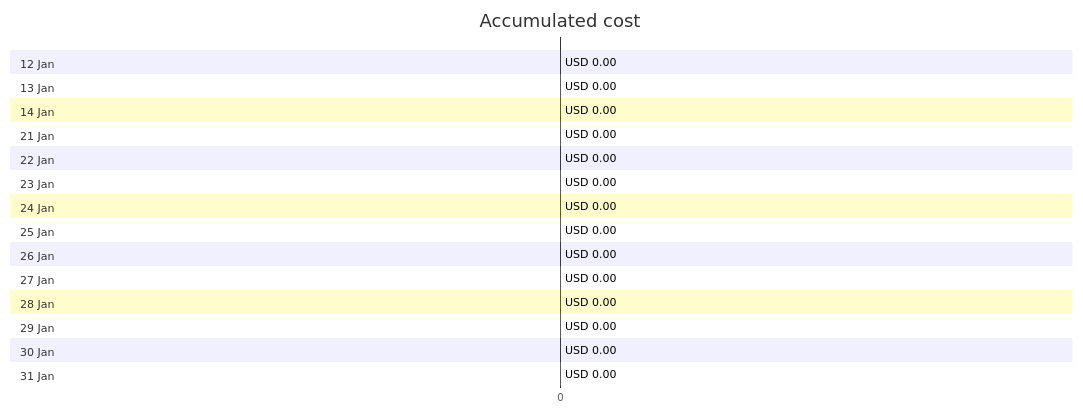
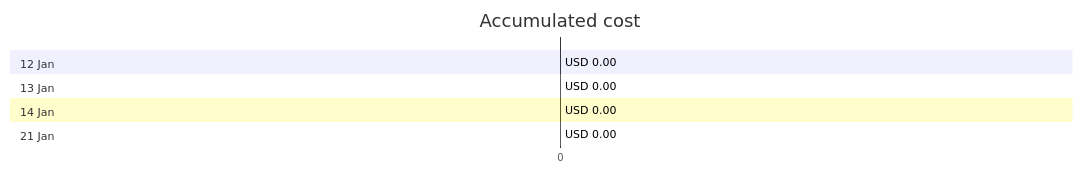
One commit to jpfulton/azure-personal-reports changed the first of 4 diagrams in cost-reports/azureapp-auto-alerts-873533-jpatrick_fulton_gmail_com/README.md. Above: the diagram before and after it, drawn with Mermaid. The commit also changed other lines of this file and 1 other file, not shown here.

Commit message:
Generated reports [skip ci]

````diff
--- a/cost-reports/azureapp-auto-alerts-873533-jpatrick_fulton_gmail_com/README.md
+++ b/cost-reports/azureapp-auto-alerts-873533-jpatrick_fulton_gmail_com/README.md
@@ -20,34 +20,14 @@
 ```mermaid
 gantt
    title Accumulated cost
    dateFormat  X
    axisFormat %s
    section 12 Jan
    USD 0.00 :0, 0
    section 13 Jan
    USD 0.00 :0, 0
    section 14 Jan
    USD 0.00 :0, 0
    section 21 Jan
    USD 0.00 :0, 0
-   section 22 Jan
-   USD 0.00 : done, 0, 0
-   section 23 Jan
-   USD 0.00 : done, 0, 0
-   section 24 Jan
-   USD 0.00 : done, 0, 0
-   section 25 Jan
-   USD 0.00 : done, 0, 0
-   section 26 Jan
-   USD 0.00 : done, 0, 0
-   section 27 Jan
-   USD 0.00 : done, 0, 0
-   section 28 Jan
-   USD 0.00 : done, 0, 0
-   section 29 Jan
-   USD 0.00 : done, 0, 0
-   section 30 Jan
-   USD 0.00 : done, 0, 0
-   section 31 Jan
-   USD 0.00 : done, 0, 0
 ```
````
